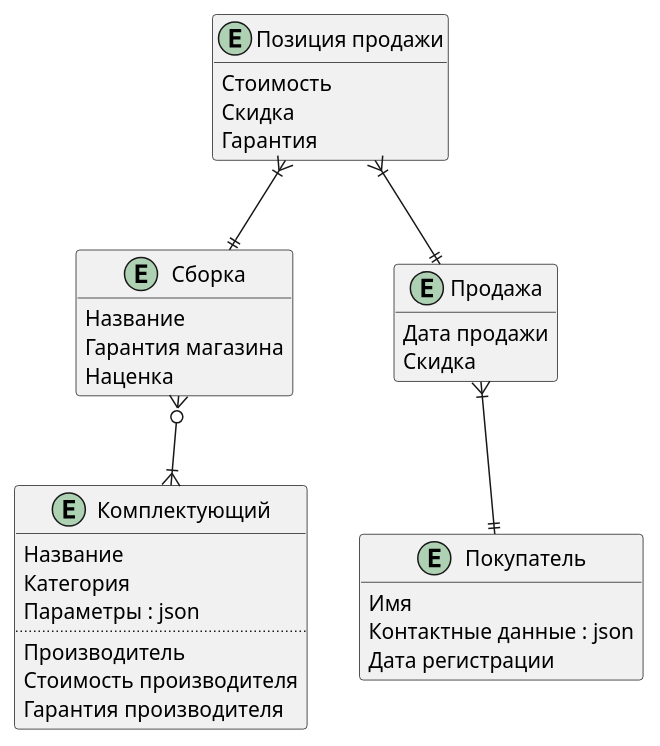
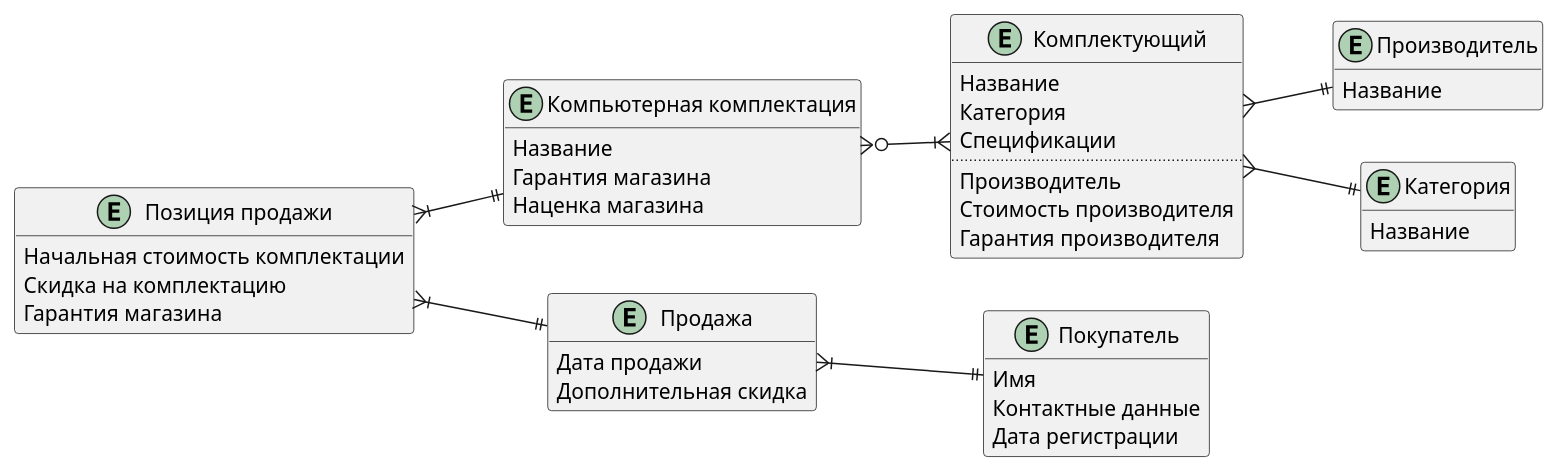
Before and after one commit to vany152/computer-equipment-ms: the diagram in doc/diagrams/er.puml, drawn with PlantUML.

Commit message:
update er diagram

```diff
--- a/doc/diagrams/er.puml
+++ b/doc/diagrams/er.puml
@@ -1,43 +1,54 @@
 @startuml
 'https://plantuml.com/class-diagram
 
+left to right direction
+
 hide methods
+
+entity "Производитель" as manufacturer {
+    Название
+}
+entity "Категория" as category {
+    Название
+}
 
 entity "Комплектующий" as component {
     Название
     Категория
-    Параметры : json
+    Спецификации
     ..
     Производитель
     Стоимость производителя
     Гарантия производителя
 }
+component }--|| manufacturer
+component }--|| category
 
-entity "Сборка" as configuration {
+entity "Компьютерная комплектация" as configuration {
     Название
     Гарантия магазина
-    Наценка
+    Наценка магазина
 }
 configuration }o--|{ component
 
 entity "Покупатель" as customer {
     Имя
-    Контактные данные : json
+    Контактные данные
     Дата регистрации
 }
 
 entity "Продажа" as sale {
     Дата продажи
-    Скидка
+    Дополнительная скидка
 } 
 sale }|--|| customer
 
 entity "Позиция продажи" as salePosition {
-    Стоимость
-    Скидка
-    Гарантия
+    Начальная стоимость комплектации
+    Скидка на комплектацию
+    Гарантия магазина
 }
 salePosition }|--|| sale
 salePosition }|--|| configuration
 
 @enduml
```
